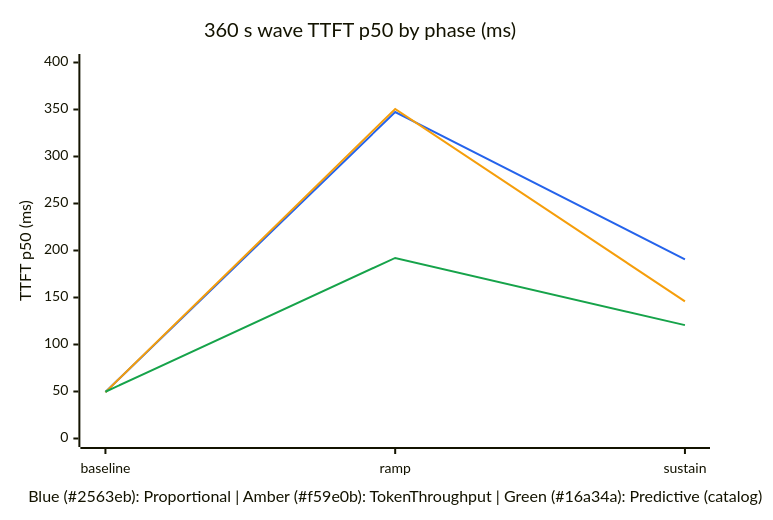
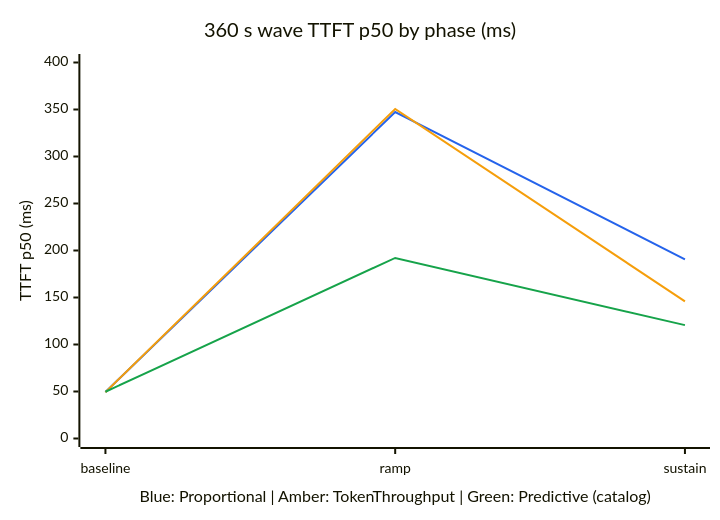
The ninth of 9 diagrams in docs/modules/model-deployment/scaling-benchmark.md (gpustack/gpustack-operator), drawn with Mermaid before and after one commit. The commit also changed other lines of this file, not shown here.

Commit message:
docs(scaling): remove hex color codes from xychart-beta x-axis labels

````diff
--- a/docs/modules/model-deployment/scaling-benchmark.md
+++ b/docs/modules/model-deployment/scaling-benchmark.md
@@ -414,10 +414,10 @@
 ```mermaid
 %%{init: {"themeVariables": {"xyChart": {"plotColorPalette": "#2563eb, #f59e0b, #16a34a"}}}}%%
 xychart-beta
     title "360 s wave TTFT p50 by phase (ms)"
-    x-axis "Blue (#2563eb): Proportional | Amber (#f59e0b): TokenThroughput | Green (#16a34a): Predictive (catalog)" ["baseline", "ramp", "sustain"]
+    x-axis "Blue: Proportional | Amber: TokenThroughput | Green: Predictive (catalog)" ["baseline", "ramp", "sustain"]
     y-axis "TTFT p50 (ms)" 0 --> 400
     line "Proportional" [49.439, 347.282, 190.555]
     line "TokenThroughput" [49.263, 350.591, 145.939]
     line "Predictive (catalog)" [49.742, 192.093, 120.59]
 ```
````
